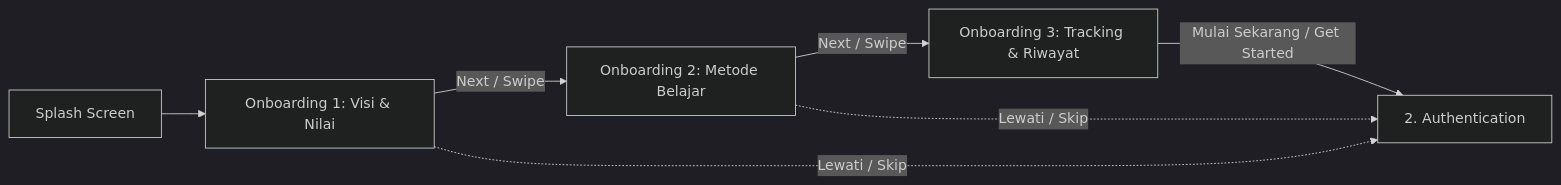
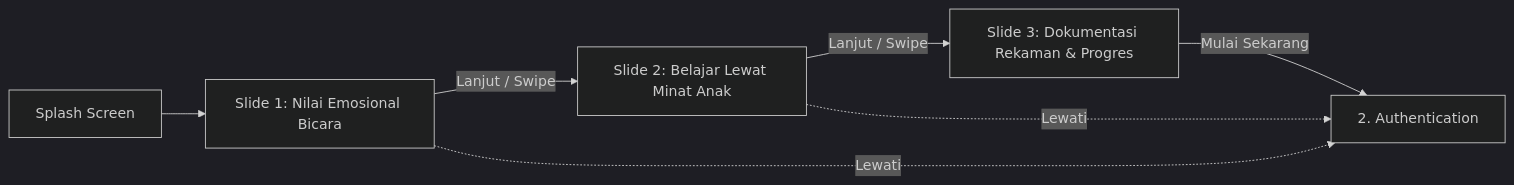
Before and after one commit to nabathnm/prd-celoteh: the diagram in 1. Onboarding.md, drawn with Mermaid (dark theme). The commit also changed other lines of this file and 6 other files, not shown here.

````diff
--- a/1. Onboarding.md
+++ b/1. Onboarding.md
@@ -30,9 +29,9 @@
 ```mermaid
 flowchart LR
-    Splash[Splash Screen] --> OB1[Onboarding 1: Visi & Nilai]
-    OB1 -->|Next / Swipe| OB2[Onboarding 2: Metode Belajar]
-    OB2 -->|Next / Swipe| OB3[Onboarding 3: Tracking & Riwayat]
-    OB3 -->|Mulai Sekarang / Get Started| Auth[2. Authentication]
-    OB1 -.->|Lewati / Skip| Auth
-    OB2 -.->|Lewati / Skip| Auth
+    Splash[Splash Screen] --> OB1[Slide 1: Nilai Emosional Bicara]
+    OB1 -->|Lanjut / Swipe| OB2[Slide 2: Belajar Lewat Minat Anak]
+    OB2 -->|Lanjut / Swipe| OB3[Slide 3: Dokumentasi Rekaman & Progres]
+    OB3 -->|Mulai Sekarang| Auth[2. Authentication]
+    OB1 -.->|Lewati| Auth
+    OB2 -.->|Lewati| Auth
 ```
````
